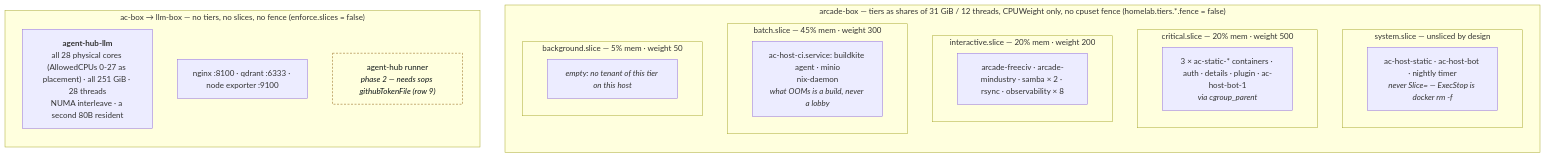
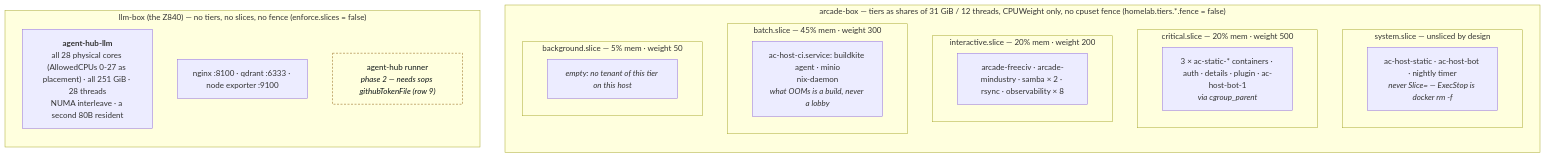
The fifth of 5 diagrams in docs/architecture.md (imkarrer/homelab), drawn with Mermaid before and after one commit. The commit also changed other lines of this file and 36 other files, not shown here.

````diff
--- a/docs/architecture.md
+++ b/docs/architecture.md
@@ -328,31 +330,31 @@
 ```mermaid
 flowchart TB
     subgraph ARC ["arcade-box — tiers as shares of 31 GiB / 12 threads, CPUWeight only, no cpuset fence (homelab.tiers.*.fence = false)"]
         direction TB
         subgraph SYS ["system.slice — unsliced by design"]
             S1["ac-host-static · ac-host-bot · nightly timer<br/><i>never Slice= — ExecStop is docker rm -f</i>"]
         end
         subgraph CRIT ["critical.slice — 20% mem · weight 500"]
             C1["3 × ac-static-* containers · auth · details · plugin · ac-host-bot-1<br/><i>via cgroup_parent</i>"]
         end
         subgraph INT ["interactive.slice — 20% mem · weight 200"]
             I1["arcade-freeciv · arcade-mindustry · samba × 2 · rsync · observability × 8"]
         end
         subgraph BAT ["batch.slice — 45% mem · weight 300"]
             T1["ac-host-ci.service: buildkite agent · minio<br/>nix-daemon<br/><i>what OOMs is a build, never a lobby</i>"]
         end
         subgraph BG ["background.slice — 5% mem · weight 50"]
             G0["<i>empty: no tenant of this tier on this host</i>"]
         end
     end
 
-    subgraph Z ["ac-box → llm-box — no tiers, no slices, no fence (enforce.slices = false)"]
+    subgraph Z ["llm-box (the Z840) — no tiers, no slices, no fence (enforce.slices = false)"]
         direction TB
         Z1["<b>agent-hub-llm</b><br/>all 28 physical cores (AllowedCPUs 0-27 as placement) · all 251 GiB · 28 threads<br/>NUMA interleave · a second 80B resident"]
         Z2["nginx :8100 · qdrant :6333 · node exporter :9100"]
         Z3["agent-hub runner<br/><i>phase 2 — needs sops githubTokenFile (row 9)</i>"]
     end
 
     classDef phase2 fill:none,stroke:#8d5c0c,stroke-dasharray:4 3,color:#101819;
     class Z3 phase2;
 ```
````
